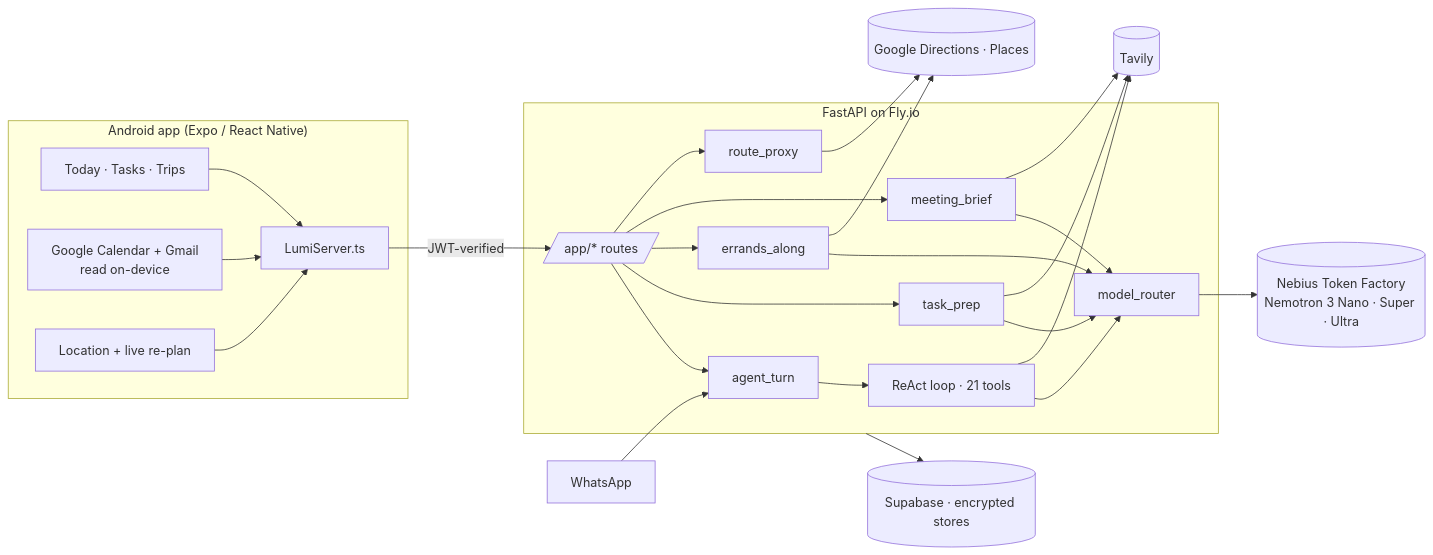
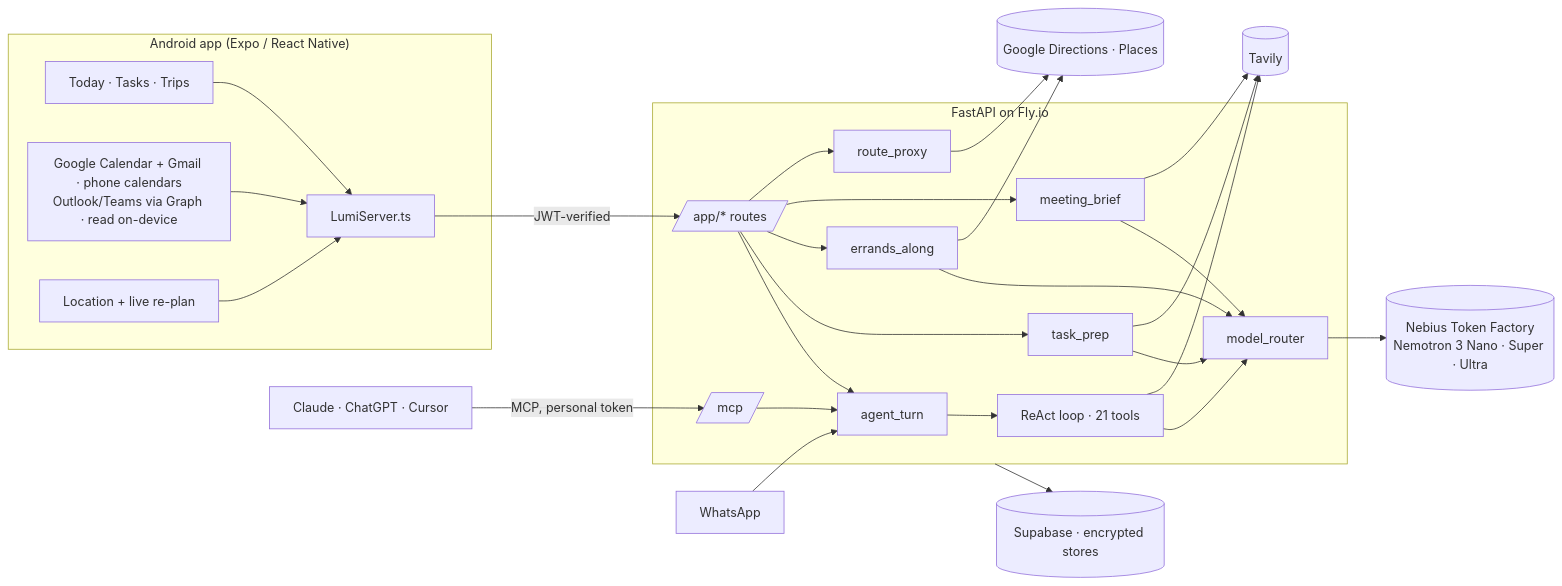
Before and after one commit to KoralZakai/Meira: the diagram in README.md, drawn with Mermaid. The commit also changed other lines of this file and 50 other files, not shown here.

First line of the commit message:
Meira — every calendar, MCP server, verified prices, learning from 👍/👎

````diff
--- a/README.md
+++ b/README.md
@@ -77,20 +105,22 @@
 ```mermaid
 flowchart LR
   subgraph Phone["Android app (Expo / React Native)"]
     UI[Today · Tasks · Trips] --> LS[LumiServer.ts]
-    GC[Google Calendar + Gmail<br/>read on-device] --> LS
+    GC[Google Calendar + Gmail · phone calendars<br/>Outlook/Teams via Graph · read on-device] --> LS
     GPS[Location + live re-plan] --> LS
   end
   WA[WhatsApp] --> AT
+  MCPC[Claude · ChatGPT · Cursor] -->|MCP, personal token| MCP
   LS -->|JWT-verified| API
   subgraph Server["FastAPI on Fly.io"]
     API[/app/* routes/] --> AT[agent_turn]
+    MCP[/mcp/] --> AT
     AT --> RL[ReAct loop · 21 tools]
     API --> TP[task_prep] & EA[errands_along] & MB[meeting_brief] & RP[route_proxy]
     RL & TP & EA & MB --> MR[model_router]
   end
   MR --> NTF[(Nebius Token Factory<br/>Nemotron 3 Nano · Super · Ultra)]
   TP & MB & RL --> TAV[(Tavily)]
   RP & EA --> GM[(Google Directions · Places)]
   Server --> SB[(Supabase · encrypted stores)]
 ```
````
